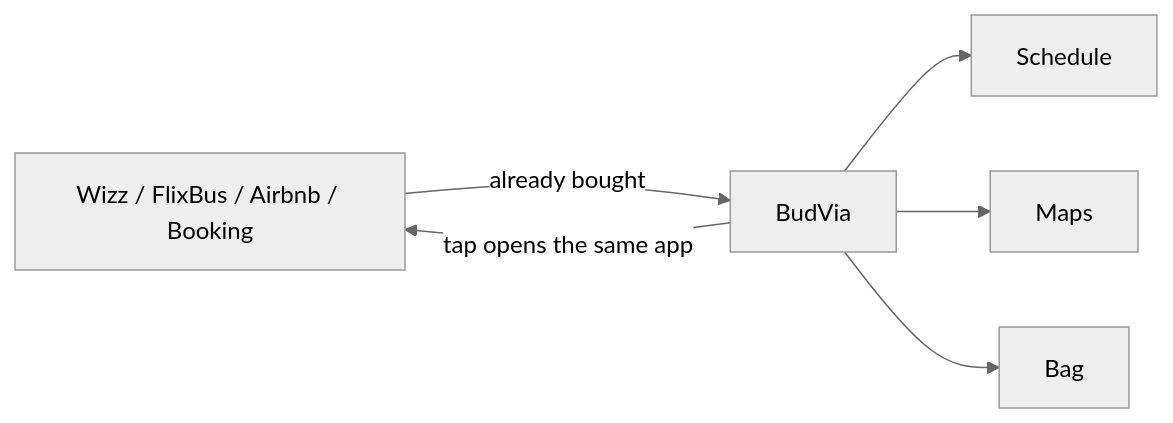
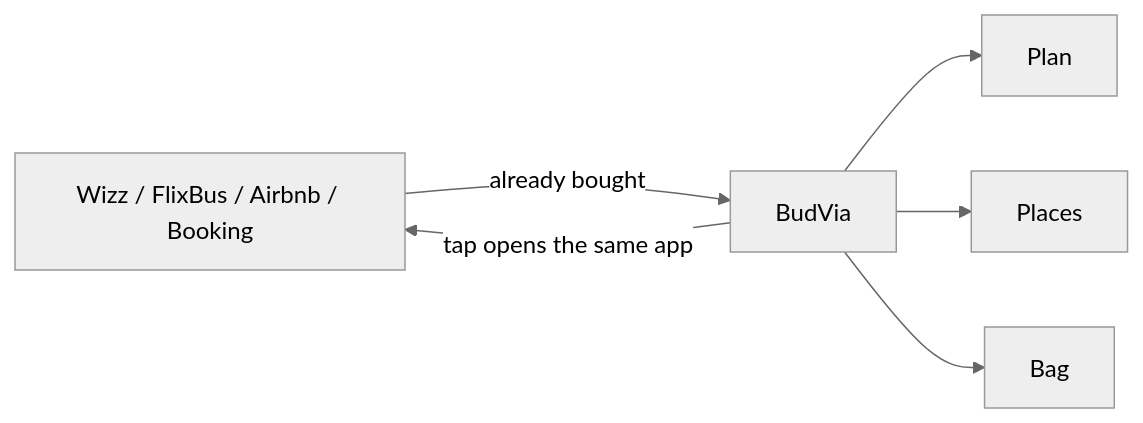
The diagram in README.md (CemalSakin/belvia), drawn with Mermaid (neutral theme) before and after one commit. The commit also changed other lines of this file and 1 other file, not shown here.

````diff
--- a/README.md
+++ b/README.md
@@ -77,8 +81,8 @@
 ```mermaid
 flowchart LR
   A[Wizz / FlixBus / Airbnb / Booking] -->|already bought| B[BudVia]
-  B --> C[Schedule]
-  B --> D[Maps]
+  B --> C[Plan]
+  B --> D[Places]
   B --> E[Bag]
   B -->|tap opens the same app| A
 ```
````
